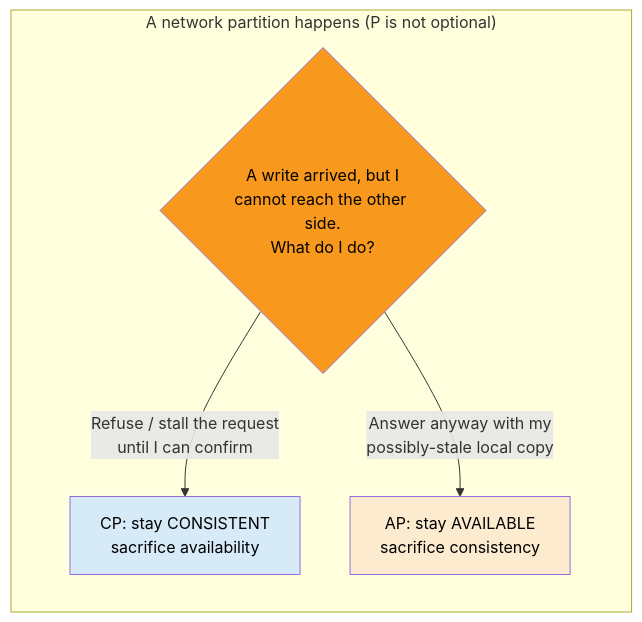
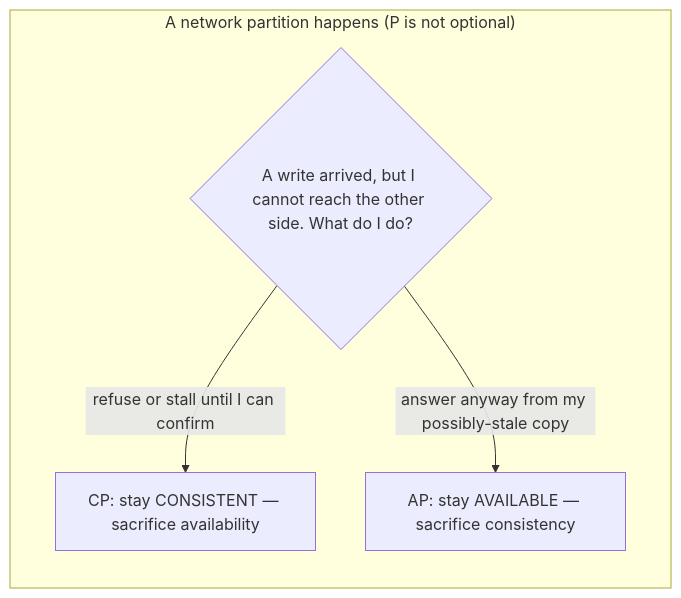
The first of 4 diagrams in src/modules/database/content/09-scaling/03-cap-and-consistency.md (mohammad-mriesh-job/cortex), drawn with Mermaid before and after one commit. The commit also changed other lines of this file and 257 other files, not shown here.

````diff
--- a/src/modules/database/content/09-scaling/03-cap-and-consistency.md
+++ b/src/modules/database/content/09-scaling/03-cap-and-consistency.md
@@ -19,12 +19,9 @@
 ```mermaid
 flowchart TD
     subgraph P["A network partition happens (P is not optional)"]
       direction TB
-      Q{"A write arrived, but I<br/>cannot reach the other side.<br/>What do I do?"}
-      Q -->|"Refuse / stall the request<br/>until I can confirm"| CP["CP: stay CONSISTENT<br/>sacrifice availability"]
-      Q -->|"Answer anyway with my<br/>possibly-stale local copy"| AP["AP: stay AVAILABLE<br/>sacrifice consistency"]
+      Q{"A write arrived, but I cannot reach the other side. What do I do?"}
+      Q -->|"refuse or stall until I can confirm"| CP["CP: stay CONSISTENT — sacrifice availability"]
+      Q -->|"answer anyway from my possibly-stale copy"| AP["AP: stay AVAILABLE — sacrifice consistency"]
     end
-    style CP fill:#d6eaf8,color:#000
-    style AP fill:#fdebd0,color:#000
-    style Q fill:#f8981d,color:#000
 ```
````
